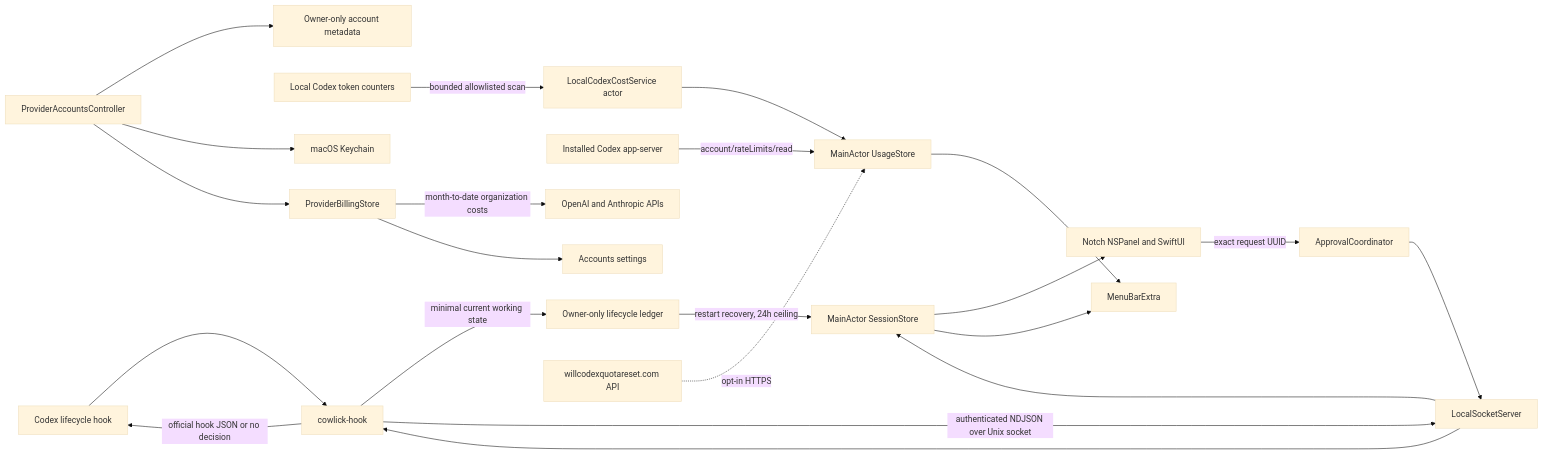
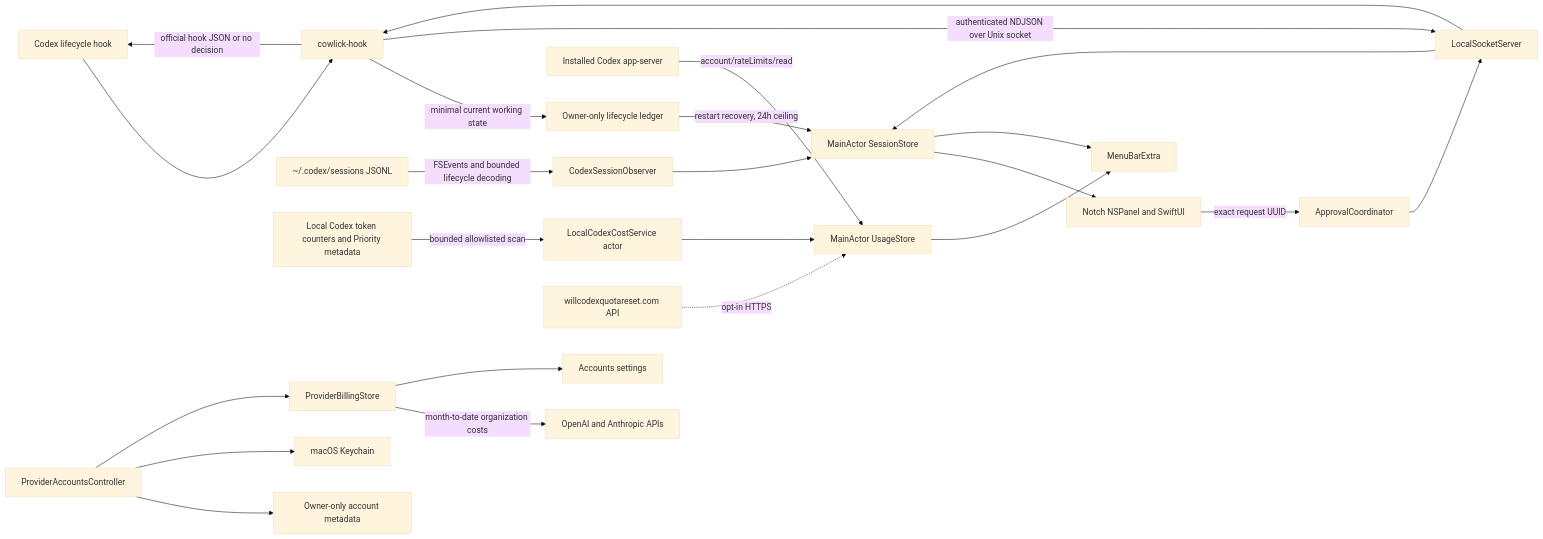
One commit to henryvn27/notchrelay changed the diagram in docs/architecture.md. Above: the diagram before and after it, drawn with Mermaid (base theme). The commit also changed other lines of this file and 92 other files, not shown here.

First line of the commit message:
Make Cowlick observe Codex sessions locally (#28)

````diff
--- a/docs/architecture.md
+++ b/docs/architecture.md
@@ -5,22 +5,24 @@
 ```mermaid
 flowchart LR
     Codex[Codex lifecycle hook] --> Helper[cowlick-hook]
     Helper -->|minimal current working state| Ledger[Owner-only lifecycle ledger]
     Helper -->|authenticated NDJSON over Unix socket| Server[LocalSocketServer]
     Server --> Store[MainActor SessionStore]
+    LocalSessions[~/.codex/sessions JSONL] -->|FSEvents and bounded lifecycle decoding| Observer[CodexSessionObserver]
+    Observer --> Store
     Ledger -->|restart recovery, 24h ceiling| Store
     Store --> Panel[Notch NSPanel and SwiftUI]
     Store --> Menu[MenuBarExtra]
     LocalCodex[Installed Codex app-server] -->|account/rateLimits/read| Usage[MainActor UsageStore]
-    LocalLogs[Local Codex token counters] -->|bounded allowlisted scan| Cost[LocalCodexCostService actor]
+    LocalLogs[Local Codex token counters and Priority metadata] -->|bounded allowlisted scan| Cost[LocalCodexCostService actor]
     Cost --> Usage
     Accounts[ProviderAccountsController] --> AccountMetadata[Owner-only account metadata]
     Accounts --> Credentials[macOS Keychain]
     Accounts --> Billing[ProviderBillingStore]
     Billing -->|month-to-date organization costs| ProviderAPIs[OpenAI and Anthropic APIs]
     Billing --> AccountViews[Accounts settings]
     Forecast[willcodexquotareset.com API] -.->|opt-in HTTPS| Usage
     Usage --> Menu
     Panel -->|exact request UUID| Coordinator[ApprovalCoordinator]
     Coordinator --> Server --> Helper -->|official hook JSON or no decision| Codex
 ```
````
